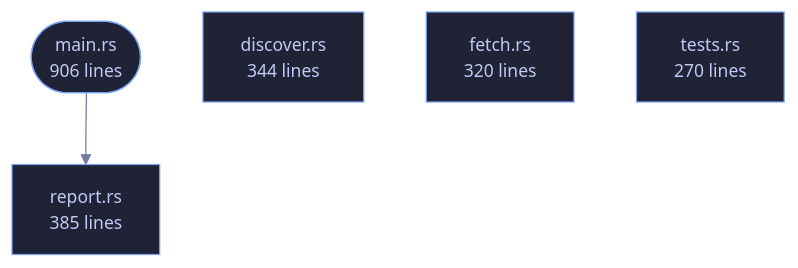
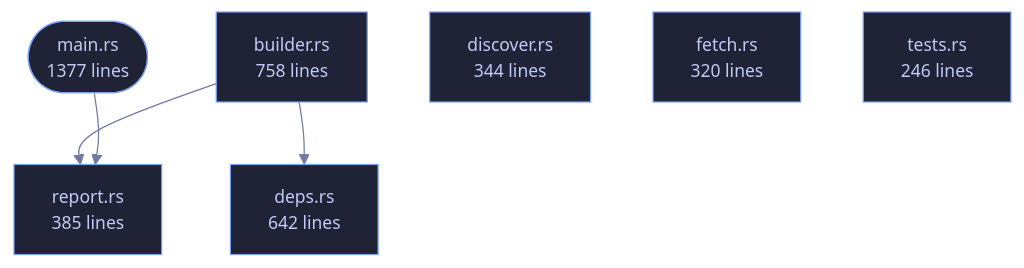
One commit to tilas01/veilvoice changed the diagram in wiki/Crate-veilvoice-verify.md. Above: the diagram before and after it, drawn with Mermaid. The commit also changed other lines of this file and 37 other files, not shown here.

````diff
--- a/wiki/Crate-veilvoice-verify.md
+++ b/wiki/Crate-veilvoice-verify.md
@@ -80,15 +80,21 @@
 ```mermaid
 %%{init: {"theme":"base","themeVariables":{"background":"#1a1b26","primaryColor":"#1f2335","primaryTextColor":"#c0caf5","primaryBorderColor":"#7aa2f7","secondaryColor":"#16161e","tertiaryColor":"#16161e","lineColor":"#737aa2","textColor":"#c0caf5","mainBkg":"#1f2335","nodeBorder":"#7aa2f7","clusterBkg":"#16161e","clusterBorder":"#2f3549","fontFamily":"ui-monospace, SFMono-Regular, Consolas, monospace","fontSize":"14px"}}}%%
 flowchart TD
-    n_main(["main.rs<br/>906 lines"])
+    n_main(["main.rs<br/>1377 lines"])
+    n_builder["builder.rs<br/>758 lines"]
+    n_deps["deps.rs<br/>642 lines"]
     n_discover["discover.rs<br/>344 lines"]
     n_fetch["fetch.rs<br/>320 lines"]
     n_report["report.rs<br/>385 lines"]
-    n_tests["tests.rs<br/>270 lines"]
+    n_tests["tests.rs<br/>246 lines"]
+    n_builder --> n_deps
+    n_builder --> n_report
     n_main --> n_report
     click n_main href "https://github.com/tilas01/veilvoice/blob/main/crates/veilvoice-verify/src/main.rs" "open the source"
+    click n_builder href "https://github.com/tilas01/veilvoice/blob/main/crates/veilvoice-verify/src/builder.rs" "open the source"
+    click n_deps href "https://github.com/tilas01/veilvoice/blob/main/crates/veilvoice-verify/src/deps.rs" "open the source"
     click n_discover href "https://github.com/tilas01/veilvoice/blob/main/crates/veilvoice-verify/src/discover.rs" "open the source"
     click n_fetch href "https://github.com/tilas01/veilvoice/blob/main/crates/veilvoice-verify/src/fetch.rs" "open the source"
     click n_report href "https://github.com/tilas01/veilvoice/blob/main/crates/veilvoice-verify/src/report.rs" "open the source"
     click n_tests href "https://github.com/tilas01/veilvoice/blob/main/crates/veilvoice-verify/src/tests.rs" "open the source"
 ```
````
